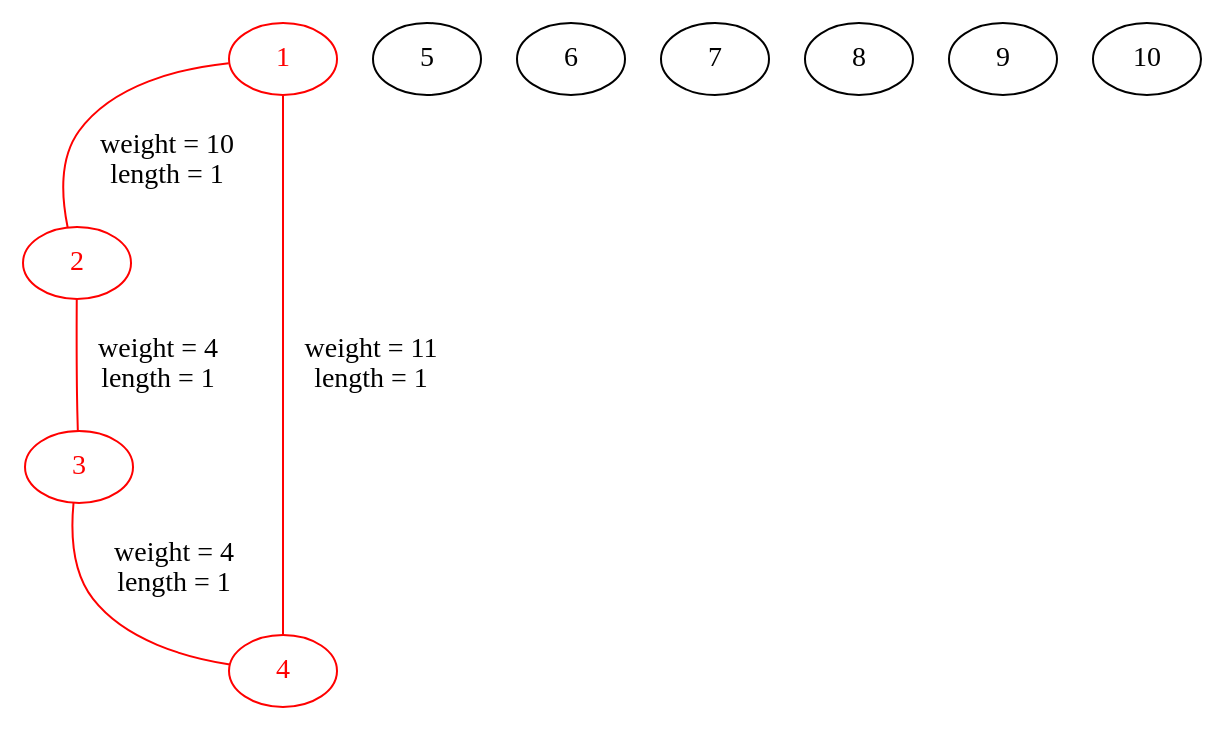
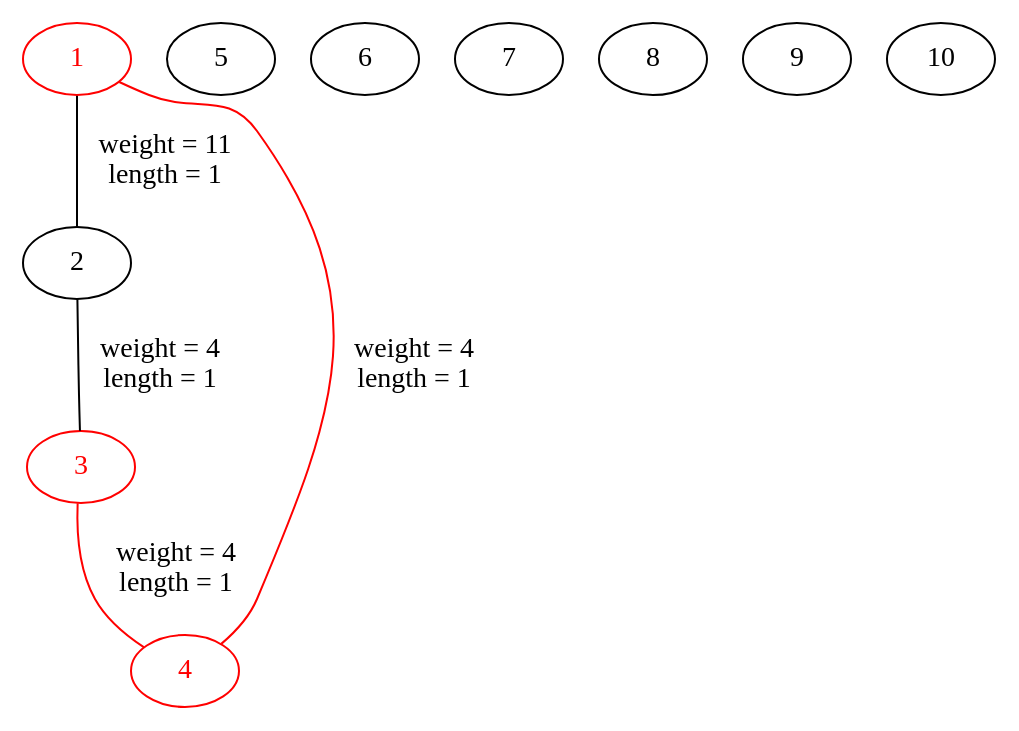
One commit to adam-elbernoussi/ENSAE-S2-IT-project changed the diagram in graph_viz_output/Graph.gv. Above: the diagram before and after it, drawn with Graphviz. The commit also changed 2 other files, not shown here.

```diff
--- a/graph_viz_output/Graph.gv
+++ b/graph_viz_output/Graph.gv
@@ -1,26 +1,25 @@
 // Graph visualisation
 graph "Graph" {
 	graph [concentrate=True]
 	1
 	2
 	3
 	4
 	5
 	6
 	7
 	8
 	9
 	10
 	1 [color=red fontcolor=red]
-	1 -- 4 [label="weight = 11
- length = 1" color=red weight=11]
-	1 -- 2 [label="weight = 10
- length = 1" color=red weight=10]
-	2 [color=red fontcolor=red]
+	1 -- 2 [label="weight = 11
+ length = 1" weight=11]
+	1 -- 4 [label="weight = 4
+ length = 1" color=red weight=4]
 	2 -- 3 [label="weight = 4
- length = 1" color=red weight=4]
+ length = 1" weight=4]
 	3 [color=red fontcolor=red]
 	3 -- 4 [label="weight = 4
  length = 1" color=red weight=4]
 	4 [color=red fontcolor=red]
 }
```
